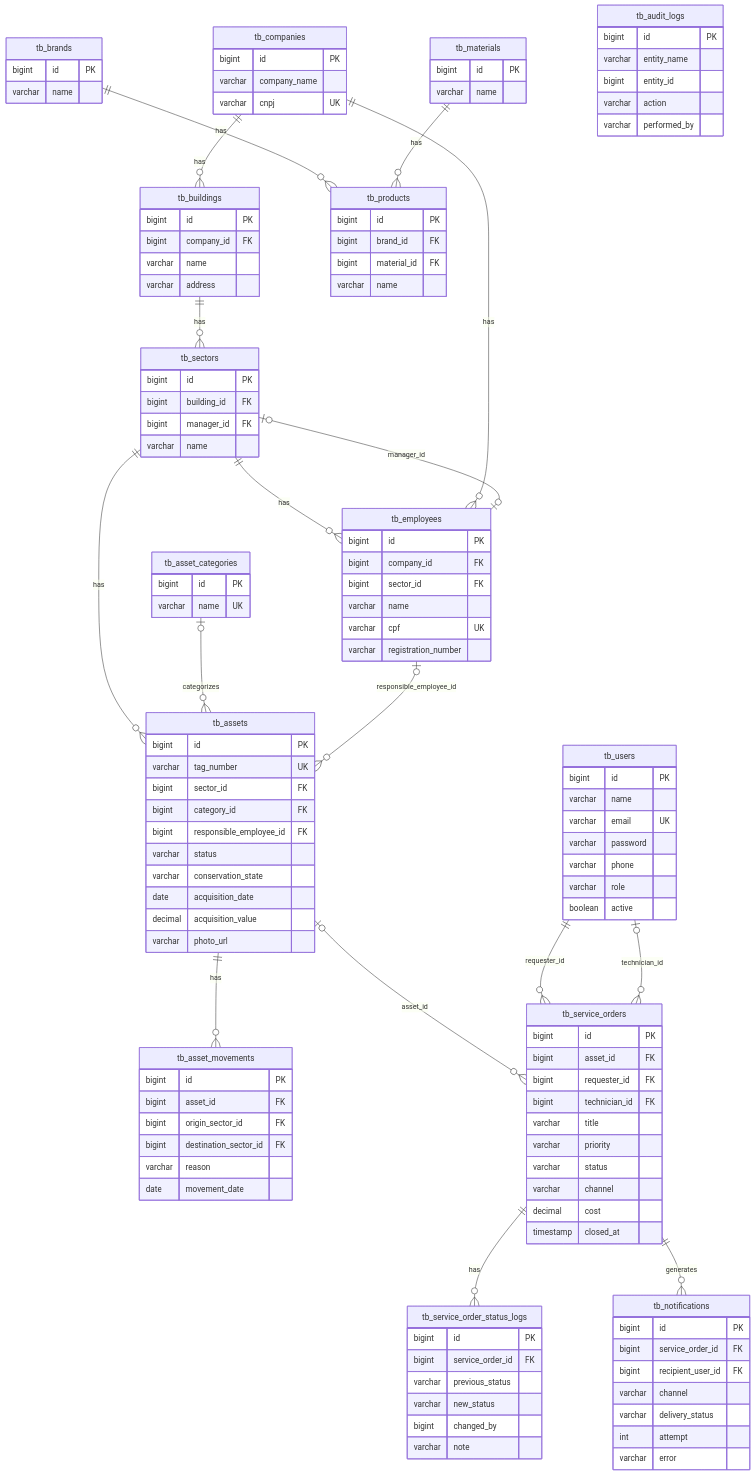
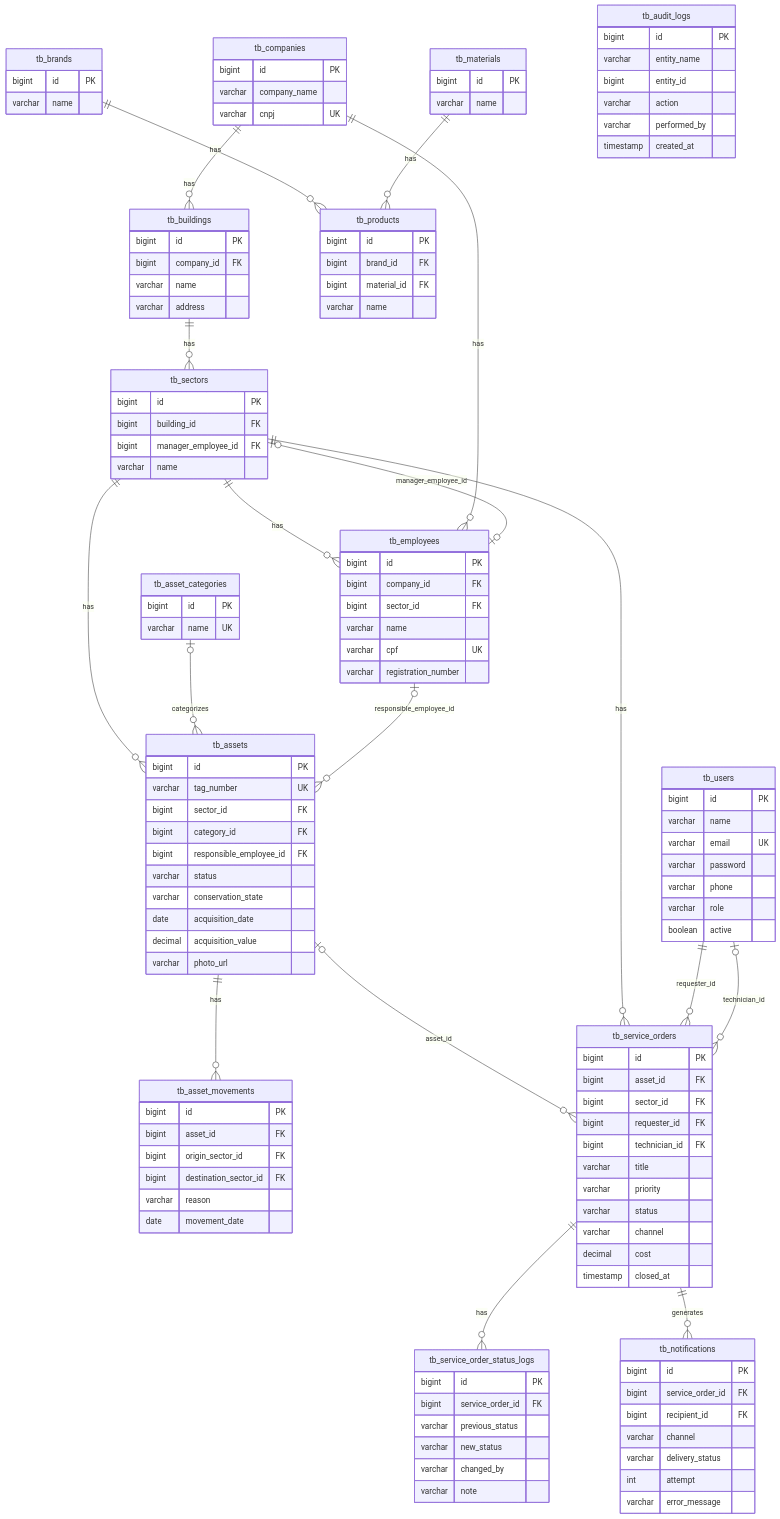
Before and after one commit to dev-CarlosAndrey/backend-sgc: the third of 5 diagrams in docs/DIAGRAMAS_UML.md, drawn with Mermaid. The commit also changed other lines of this file, not shown here.

Commit message:
fix(docs): corrige divergências dos diagramas UML com o código real
Conferido campo a campo contra as entidades JPA e as migrations
(V4, V9, V18, V19):

- Faltava por completo o relacionamento Sector -> ServiceOrder
  (tb_service_orders.sector_id, NOT NULL) no diagrama de classes e no
  ER.
- tb_sectors.manager_employee_id estava grafado como manager_id.
- tb_service_order_status_logs.changed_by é varchar (nome de quem
  alterou), não bigint/FK — estava tipado como bigint no ER, e o
  atributo changedBy nem aparecia no diagrama de classes.
- tb_notifications.recipient_id estava grafado como recipient_user_id,
  e error_message como error.
- Notification -> User (recipient) estava com cardinalidade "muitos
  para muitos" no diagrama de classes; é muitos-para-um (cada
  notificação tem um único destinatário).
- Nota sobre BaseEntity dizia que todas as entidades a estendem;
  Company, Building, Brand e AuditLog não estendem.

Claude-Session: https://claude.ai/code/session_01SCF52UUnqoGzYCQrgfWDVS

```diff
--- a/docs/DIAGRAMAS_UML.md
+++ b/docs/DIAGRAMAS_UML.md
@@ -190,12 +192,13 @@
     tb_buildings ||--o{ tb_sectors : has
     tb_sectors ||--o{ tb_employees : has
     tb_companies ||--o{ tb_employees : has
-    tb_sectors |o--o| tb_employees : "manager_id"
+    tb_sectors |o--o| tb_employees : "manager_employee_id"
     tb_sectors ||--o{ tb_assets : has
     tb_asset_categories |o--o{ tb_assets : categorizes
     tb_employees |o--o{ tb_assets : "responsible_employee_id"
     tb_assets ||--o{ tb_asset_movements : has
     tb_assets |o--o{ tb_service_orders : "asset_id"
+    tb_sectors ||--o{ tb_service_orders : has
     tb_users ||--o{ tb_service_orders : "requester_id"
     tb_users |o--o{ tb_service_orders : "technician_id"
     tb_service_orders ||--o{ tb_service_order_status_logs : has
@@ -226,7 +229,7 @@
     tb_sectors {
         bigint id PK
         bigint building_id FK
-        bigint manager_id FK
+        bigint manager_employee_id FK
         varchar name
     }
     tb_employees {
@@ -264,6 +267,7 @@
     tb_service_orders {
         bigint id PK
         bigint asset_id FK
+        bigint sector_id FK
         bigint requester_id FK
         bigint technician_id FK
         varchar title
@@ -278,17 +282,17 @@
         bigint service_order_id FK
         varchar previous_status
         varchar new_status
-        bigint changed_by
+        varchar changed_by
         varchar note
     }
     tb_notifications {
         bigint id PK
         bigint service_order_id FK
-        bigint recipient_user_id FK
+        bigint recipient_id FK
         varchar channel
         varchar delivery_status
         int attempt
-        varchar error
+        varchar error_message
     }
     tb_audit_logs {
         bigint id PK
@@ -296,6 +300,7 @@
         bigint entity_id
         varchar action
         varchar performed_by
+        timestamp created_at
     }
     tb_brands {
         bigint id PK
```
